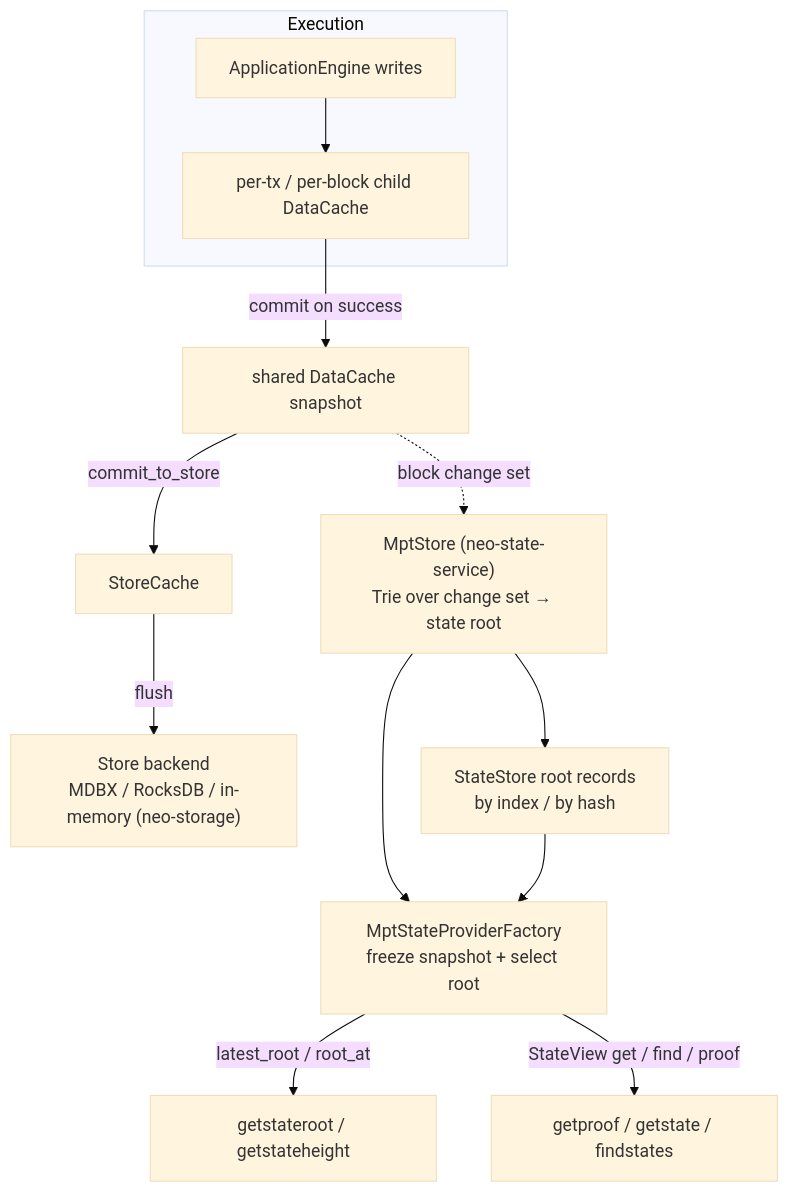
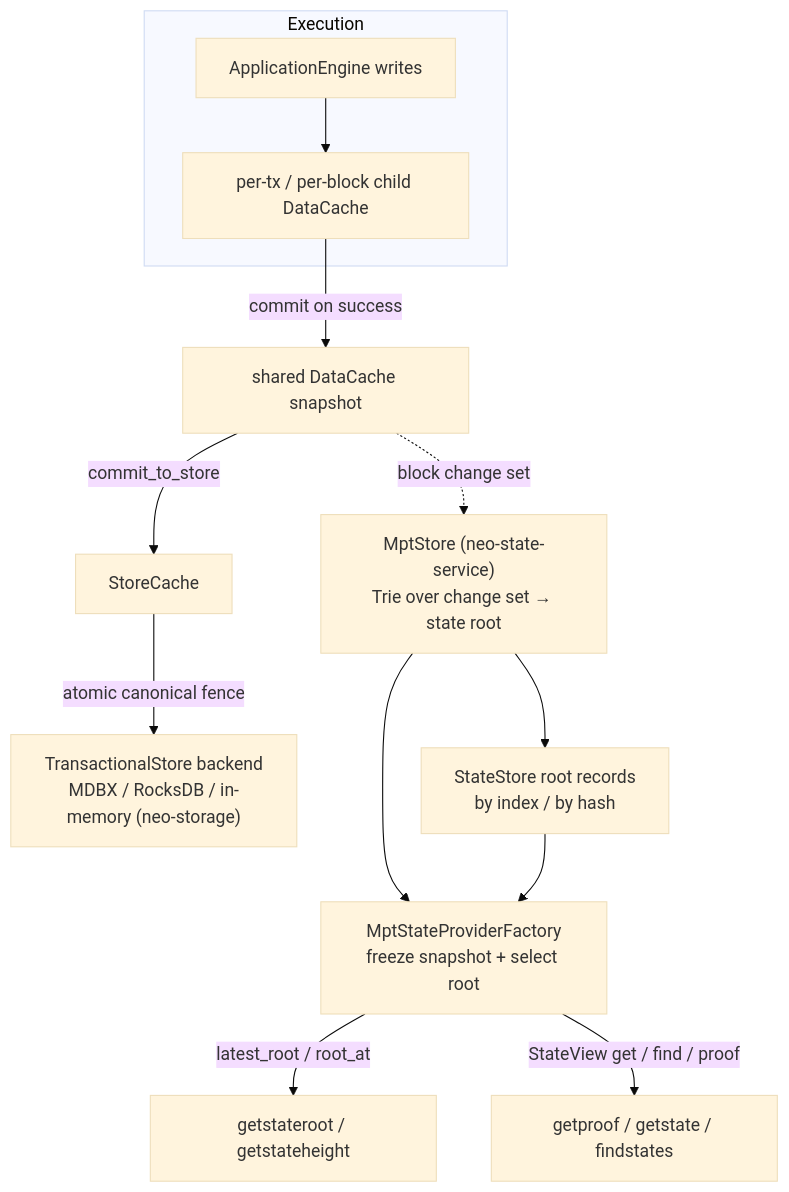
One commit to r3e-network/neo-rs changed the seventh of 7 diagrams in docs/dataflow.md. Above: the diagram before and after it, drawn with Mermaid (base theme). The commit also changed other lines of this file and 44 other files, not shown here.

Commit message:
refactor(storage): require transactional canonical stores

````diff
--- a/docs/dataflow.md
+++ b/docs/dataflow.md
@@ -380,16 +380,16 @@
 ```mermaid
 flowchart TD
     subgraph Execution
         AE["ApplicationEngine writes"] --> Child["per-tx / per-block child DataCache"]
     end
     Child -->|commit on success| Snap["shared DataCache snapshot"]
     Snap -->|commit_to_store| SC["StoreCache"]
-    SC -->|flush| Store["Store backend<br/>MDBX / RocksDB / in-memory (neo-storage)"]
+    SC -->|atomic canonical fence| Store["TransactionalStore backend<br/>MDBX / RocksDB / in-memory (neo-storage)"]
 
     Snap -.->|block change set| MPT["MptStore (neo-state-service)<br/>Trie over change set → state root"]
     MPT --> SS["StateStore root records<br/>by index / by hash"]
     MPT --> SPF["MptStateProviderFactory<br/>freeze snapshot + select root"]
     SS --> SPF
     SPF -->|latest_root / root_at| RPC1["getstateroot / getstateheight"]
     SPF -->|StateView get / find / proof| RPC2["getproof / getstate / findstates"]
 ```
````
